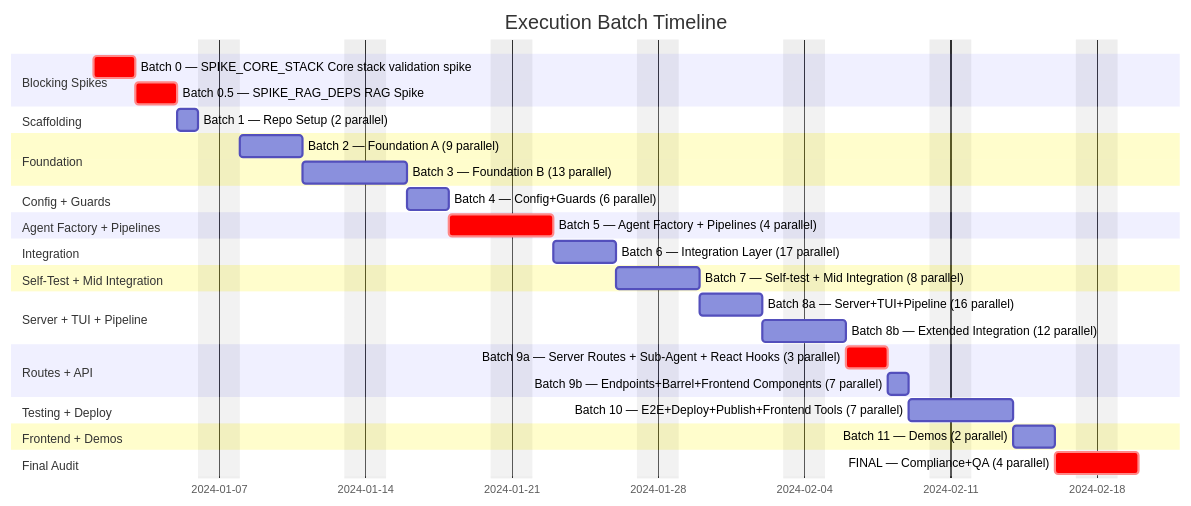
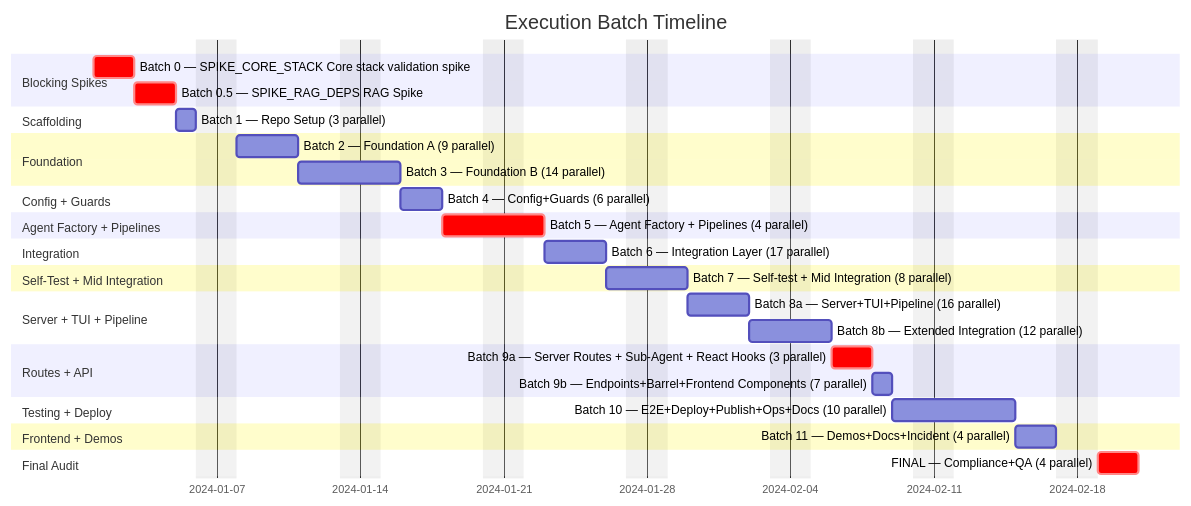
One commit to 1qh/safeagent changed the first of 10 diagrams in plan/17-execution.md. Above: the diagram before and after it, drawn with Mermaid. The commit also changed other lines of this file, not shown here.

Commit message:
integrate 7 new tasks from files 20-23 into execution plan: CODE_STANDARDS, CI_PIPELINE, RELEASE_PIPELINE, DOCS_SITE, DOCS_CONTENT, MONITORING_INFRA, INCIDENT_PROCEDURES

````diff
--- a/plan/17-execution.md
+++ b/plan/17-execution.md
@@ -28,46 +28,46 @@
 ```mermaid
 gantt
     title Execution Batch Timeline
     dateFormat YYYY-MM-DD
     excludes weekends
 
     section Blocking Spikes
     Batch 0 — SPIKE_CORE_STACK Core stack validation spike          :crit, SPIKE_CORE_STACK_GATE, 2024-01-01, 2d
     Batch 0.5 — SPIKE_RAG_DEPS RAG Spike               :crit, SPIKE_RAG_DEPENDENCY_GATE, after SPIKE_CORE_STACK_GATE, 2d
 
     section Scaffolding
-    Batch 1 — Repo Setup (2 parallel)           :SCAFFOLDING_BATCH, after SPIKE_RAG_DEPENDENCY_GATE, 1d
+    Batch 1 — Repo Setup (3 parallel)           :SCAFFOLDING_BATCH, after SPIKE_RAG_DEPENDENCY_GATE, 1d
 
     section Foundation
     Batch 2 — Foundation A (9 parallel)          :FOUNDATION_A_BATCH, after SCAFFOLDING_BATCH, 3d
-    Batch 3 — Foundation B (13 parallel)         :FOUNDATION_B_BATCH, after FOUNDATION_A_BATCH, 3d
+    Batch 3 — Foundation B (14 parallel)         :FOUNDATION_B_BATCH, after FOUNDATION_A_BATCH, 3d
 
     section Config + Guards
     Batch 4 — Config+Guards (6 parallel)         :CONFIG_GUARDS_BATCH, after FOUNDATION_B_BATCH, 2d
 
     section Agent Factory + Pipelines
     Batch 5 — Agent Factory + Pipelines (4 parallel)      :crit, AGENT_PIPELINE_BATCH, after CONFIG_GUARDS_BATCH, 3d
 
     section Integration
     Batch 6 — Integration Layer (17 parallel)    :INTEGRATION_BATCH, after AGENT_PIPELINE_BATCH, 3d
 
     section Self-Test + Mid Integration
     Batch 7 — Self-test + Mid Integration (8 parallel):SELFTEST_MIDINTEGRATION_BATCH, after INTEGRATION_BATCH, 2d
 
     section Server + TUI + Pipeline
     Batch 8a — Server+TUI+Pipeline (16 parallel) :SERVER_TUI_PIPELINE_BATCH, after SELFTEST_MIDINTEGRATION_BATCH, 3d
     Batch 8b — Extended Integration (12 parallel) :EXTENDED_INTEGRATION_BATCH, after SERVER_TUI_PIPELINE_BATCH, 2d
 
     section Routes + API
     Batch 9a — Server Routes + Sub-Agent + React Hooks (3 parallel)      :crit, SERVER_ROUTES_SUBAGENT_BATCH, after EXTENDED_INTEGRATION_BATCH, 2d
     Batch 9b — Endpoints+Barrel+Frontend Components (7 parallel)     :ENDPOINTS_BARREL_BATCH, after SERVER_ROUTES_SUBAGENT_BATCH, 1d
 
     section Testing + Deploy
-    Batch 10 — E2E+Deploy+Publish+Frontend Tools (7 parallel)   :E2E_DEPLOY_BATCH, after ENDPOINTS_BARREL_BATCH, 3d
+    Batch 10 — E2E+Deploy+Publish+Ops+Docs (10 parallel)   :E2E_DEPLOY_BATCH, after ENDPOINTS_BARREL_BATCH, 4d
 
     section Frontend + Demos
-    Batch 11 — Demos (2 parallel)              :FRONTEND_DEMOS_BATCH, after E2E_DEPLOY_BATCH, 2d
+    Batch 11 — Demos+Docs+Incident (4 parallel)              :FRONTEND_DEMOS_BATCH, after E2E_DEPLOY_BATCH, 2d
 
     section Final Audit
     FINAL — Compliance+QA (4 parallel)          :crit, FINAL_AUDIT_BATCH, after FRONTEND_DEMOS_BATCH, 2d
 ```
````
